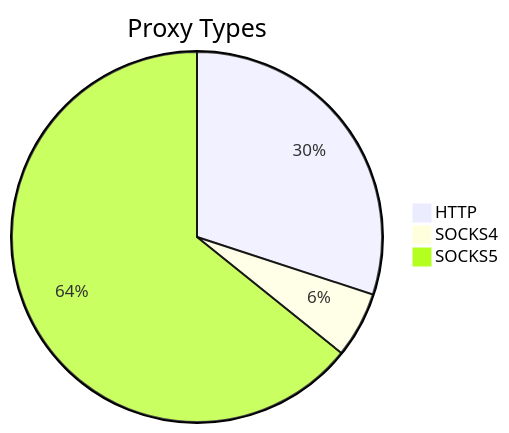
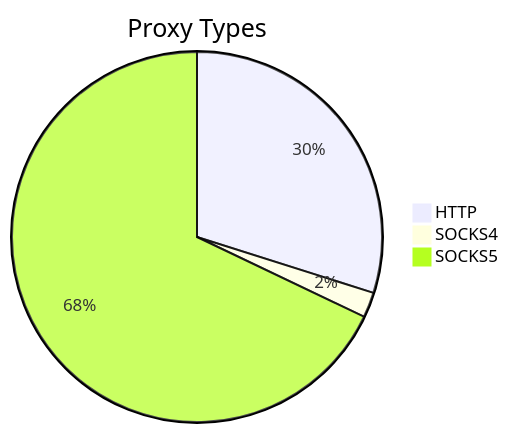
The first of 2 diagrams in README.md (stormsia/proxy-list), drawn with Mermaid before and after one commit. The commit also changed other lines of this file, not shown here.

````diff
--- a/README.md
+++ b/README.md
@@ -21,6 +21,6 @@
 ```mermaid
 pie title Proxy Types
-    "HTTP" : 94
-    "SOCKS4" : 18
-    "SOCKS5" : 201
+    "HTTP" : 176
+    "SOCKS4" : 13
+    "SOCKS5" : 400
 ```
````
